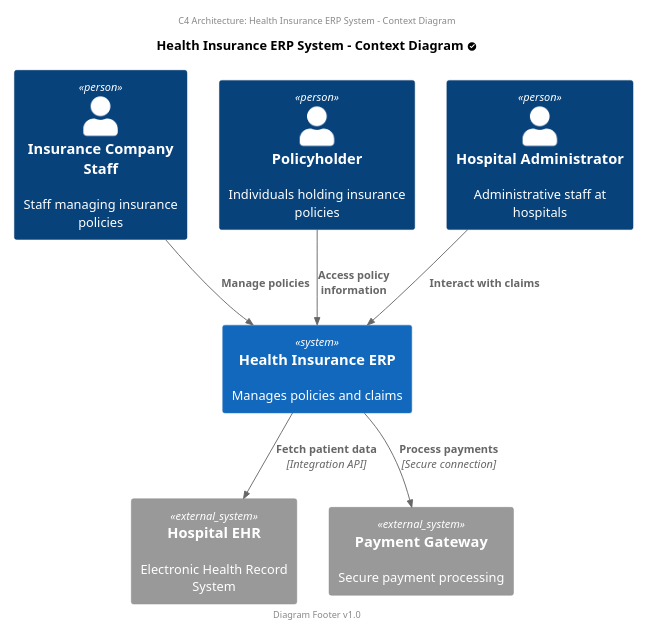
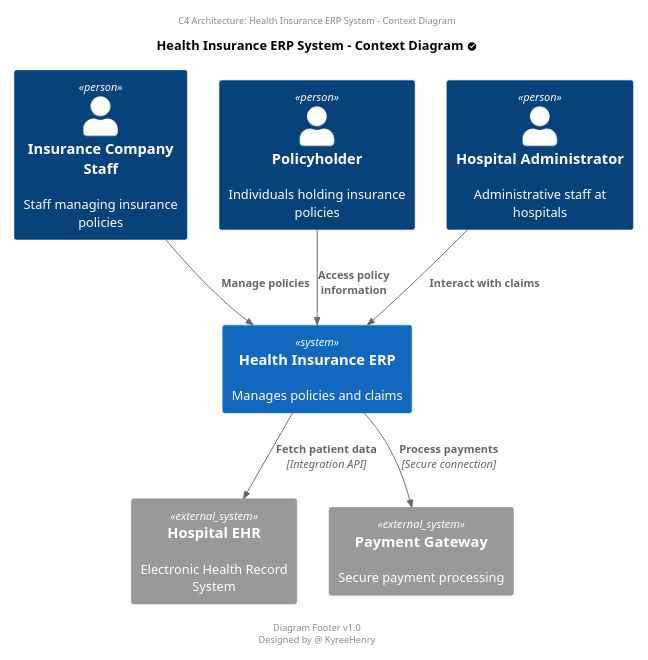
Before and after one commit to kyree-henry/HealthInsurePro: the diagram in arch/context-diagram.puml, drawn with PlantUML. The commit also changed 1 other file, not shown here.

Commit message:
Commit 002 * Added C4 Architecture Container Diagram

```diff
--- a/arch/context-diagram.puml
+++ b/arch/context-diagram.puml
@@ -1,32 +1,34 @@
 @startuml
 
 scale 2/3
 'left to right direction
 center header
     C4 Architecture: Health Insurance ERP System - Context Diagram
 endheader
 
 title Health Insurance ERP System - Context Diagram <&circle-check>
 
 !includeurl https://raw.githubusercontent.com/RicardoNiepel/C4-PlantUML/release/1-0/C4_Context.puml
 
 Person(insurancestaff, "Insurance Company Staff", "Staff managing insurance policies")
 Person(policyholder, "Policyholder", "Individuals holding insurance policies")
 Person(hospitaladmin, "Hospital Administrator", "Administrative staff at hospitals")
 
 System(healthinsuranceerp, "Health Insurance ERP", "Manages policies and claims")
 
 System_Ext(ehrsystem, "Hospital EHR", "Electronic Health Record System")
 System_Ext(paymentgateway, "Payment Gateway", "Secure payment processing")
 
 Rel(insurancestaff, healthinsuranceerp, "Manage policies")
 Rel(policyholder, healthinsuranceerp, "Access policy information")
 Rel(hospitaladmin, healthinsuranceerp, "Interact with claims")
 
 Rel(healthinsuranceerp, ehrsystem, "Fetch patient data", "Integration API")
 Rel(healthinsuranceerp, paymentgateway, "Process payments", "Secure connection")
 
 center footer
+
     Diagram Footer v1.0
+    Designed by @ KyreeHenry
 endfooter
 @enduml
```
